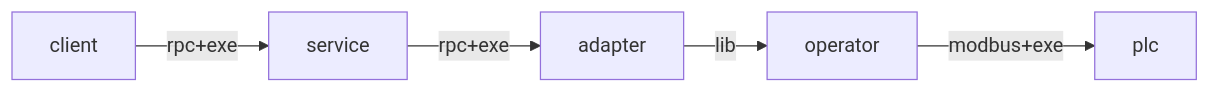
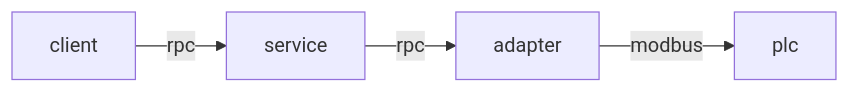
One commit to FutureOrientedGB/plc_control changed the first of 6 diagrams in README.md. Above: the diagram before and after it, drawn with Mermaid. The commit also changed other lines of this file and 3 other files, not shown here.

````diff
--- a/README.md
+++ b/README.md
@@ -3,4 +3,4 @@
 ```mermaid
 graph LR;
-    client--rpc+exe-->service--rpc+exe-->adapter--lib-->operator--modbus+exe-->plc
+    client--rpc-->service--rpc-->adapter--modbus-->plc
 ```
````
